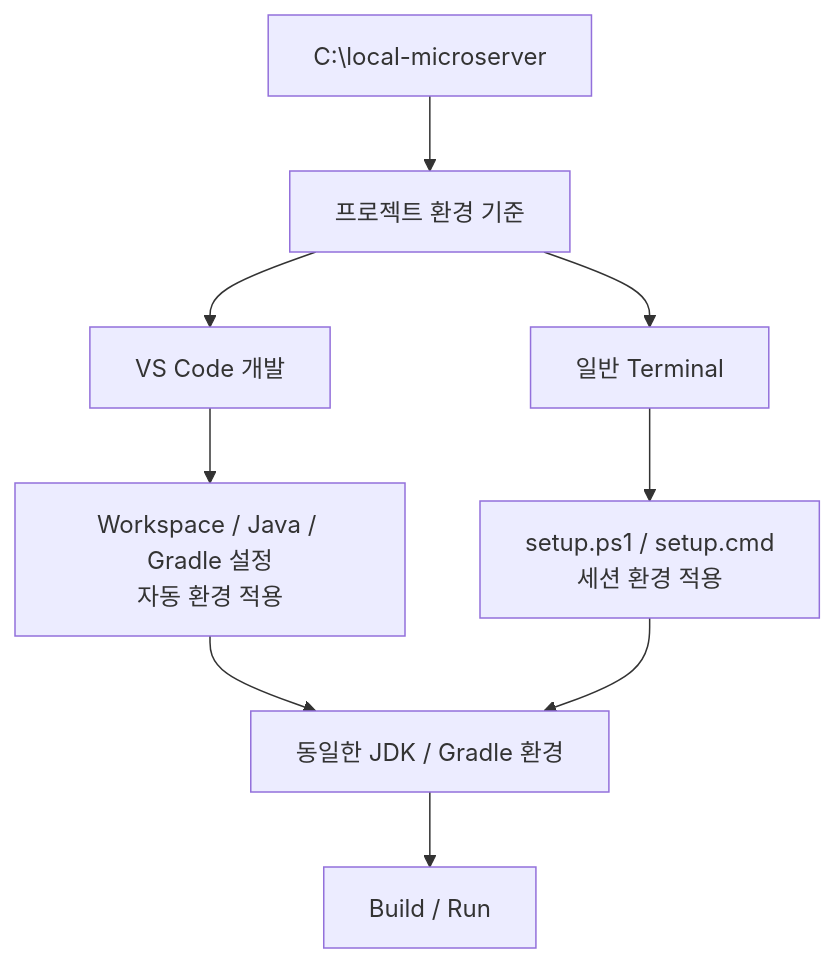
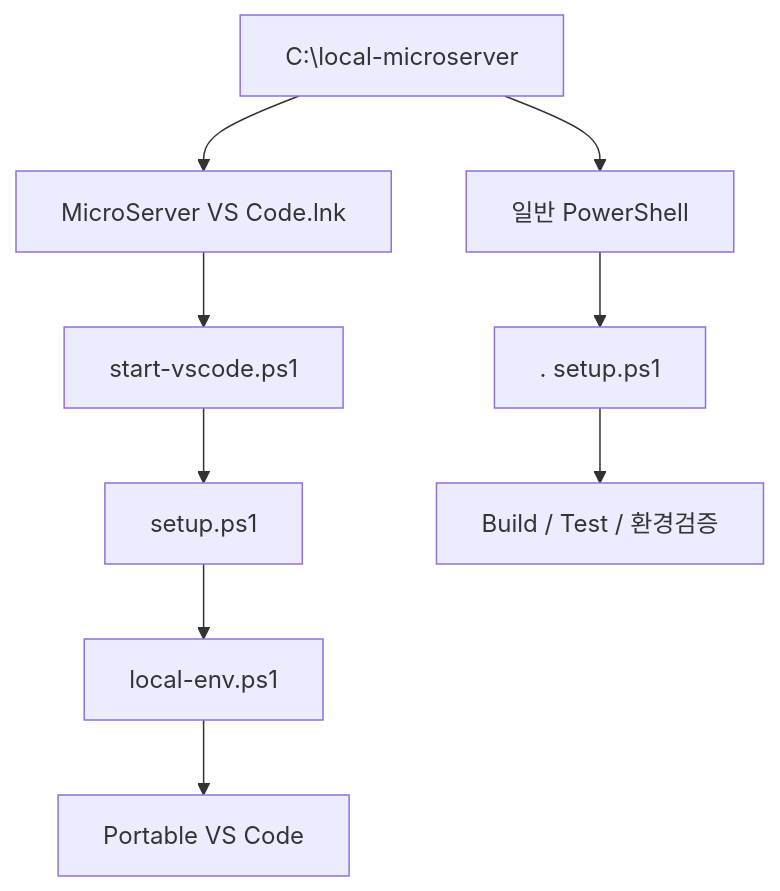
The first of 2 diagrams in docs/01_project_start/02_environment/project_local_environment_setup_guide.md (Team-Microserver/microserver-docs), drawn with Mermaid before and after one commit. The commit also changed other lines of this file and 6 other files, not shown here.

````diff
--- a/docs/01_project_start/02_environment/project_local_environment_setup_guide.md
+++ b/docs/01_project_start/02_environment/project_local_environment_setup_guide.md
@@ -430,15 +509,13 @@
-    ```mermaid
-    flowchart TD
-        A["C:\local-microserver"] --> B["프로젝트 환경 기준"]
+```mermaid
+flowchart TD
+    ROOT["C:\local-microserver"]
+    --> SHORTCUT["MicroServer VS Code.lnk"]
+    SHORTCUT --> START["start-vscode.ps1"]
+    START --> SETUP["setup.ps1"]
+    SETUP --> LOCAL["local-env.ps1"]
+    LOCAL --> VS["Portable VS Code"]
 
-        B --> C["VS Code 개발"]
-        B --> D["일반 Terminal"]
-
-        C --> E["Workspace / Java / Gradle 설정<br/>자동 환경 적용"]
-        D --> F["setup.ps1 / setup.cmd<br/>세션 환경 적용"]
-
-        E --> G["동일한 JDK / Gradle 환경"]
-        F --> G
-
-        G --> H["Build / Run"]
-    ```
+    ROOT --> TERM["일반 PowerShell"]
+    TERM --> DOT[". setup.ps1"]
+    DOT --> BUILD["Build / Test / 환경검증"]
+```
````
